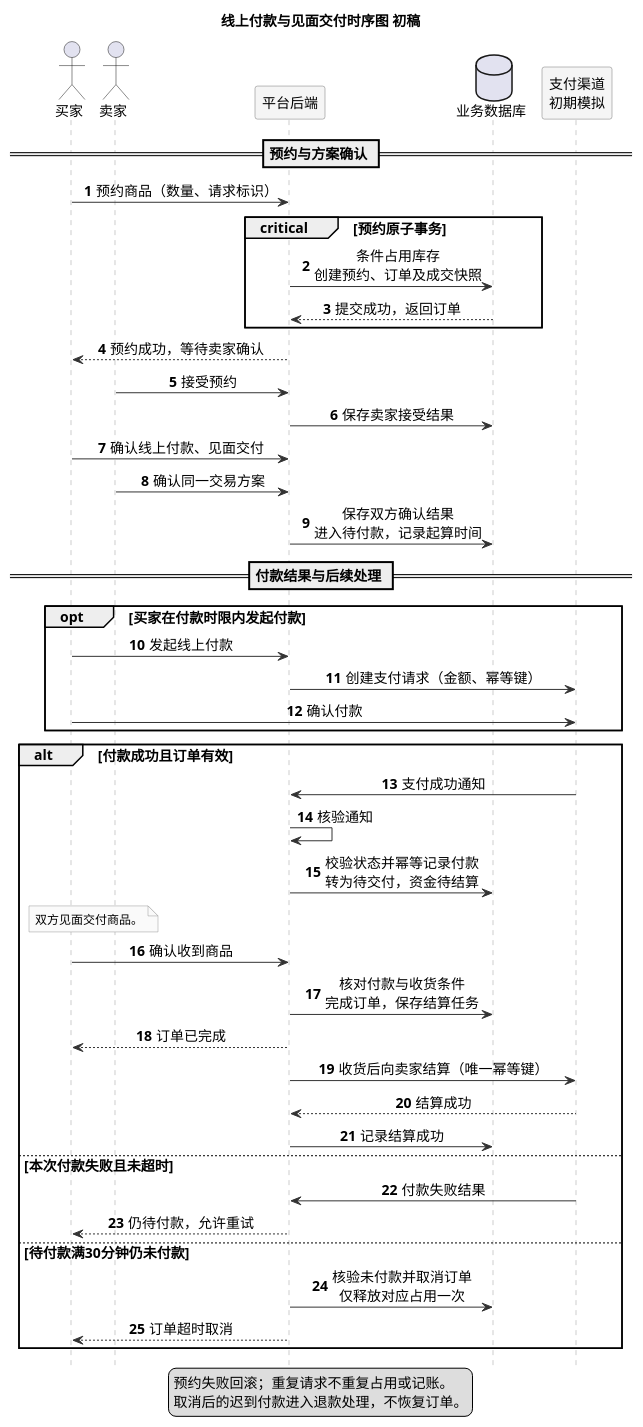
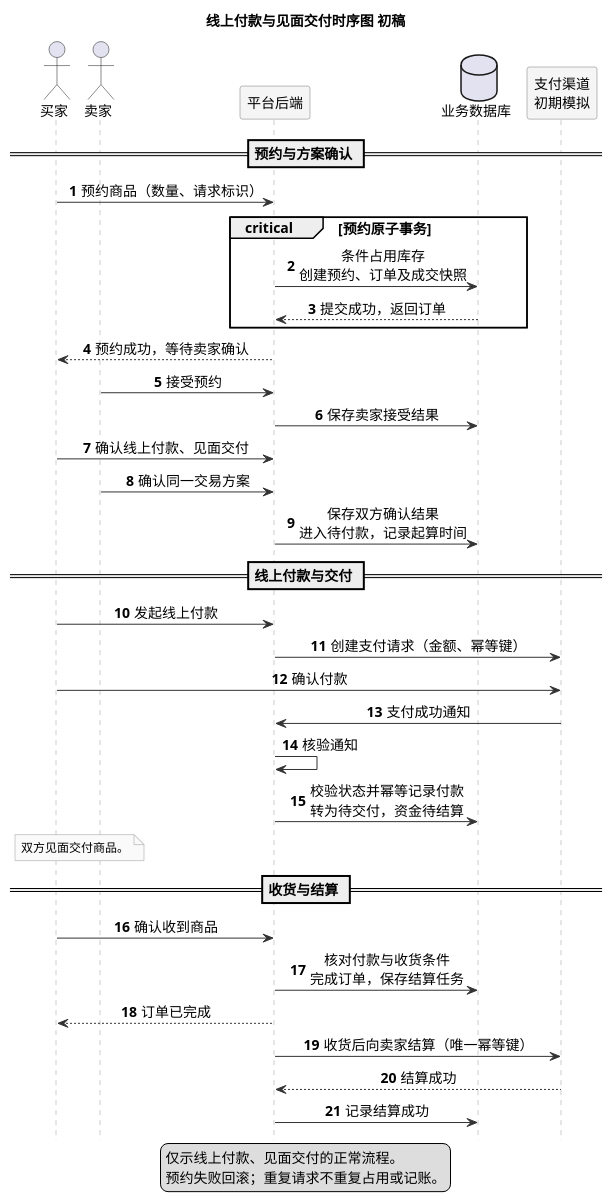
One commit to koishikois259/campus-market changed the diagram in UML/UML时序图.puml. Above: the diagram before and after it, drawn with PlantUML. The commit also changed 5 other files, not shown here.

Commit message:
lab2: restore three-stage sequence flow after user review

```diff
--- a/UML/UML时序图.puml
+++ b/UML/UML时序图.puml
@@ -1,70 +1,61 @@
 @startuml
-' Sequence diagram v0.3, essential payment branches after user review, 2026-11-04.
+' Sequence diagram v0.4, restored three-stage flow after user review, 2026-11-04.
 ' Reference: https://plantuml.com/zh/sequence-diagram
 title 线上付款与见面交付时序图 初稿
 autonumber
 hide footbox
 skinparam defaultFontName Microsoft YaHei
 skinparam defaultFontSize 14
 skinparam shadowing false
 skinparam sequenceMessageAlign center
 skinparam sequenceParticipantBackgroundColor #F5F5F5
 skinparam sequenceParticipantBorderColor #777777
 skinparam sequenceLifeLineBorderColor #999999
 skinparam sequenceArrowColor #333333
 skinparam noteBackgroundColor #FAFAFA
 skinparam noteBorderColor #999999
 skinparam noteFontSize 12
 
 actor "买家" as Buyer
 actor "卖家" as Seller
 participant "平台后端" as App
 database "业务数据库" as DB
 participant "支付渠道\n初期模拟" as Channel
 
 == 预约与方案确认 ==
 Buyer -> App : 预约商品（数量、请求标识）
 critical 预约原子事务
   App -> DB : 条件占用库存\n创建预约、订单及成交快照
   DB --> App : 提交成功，返回订单
 end
 App --> Buyer : 预约成功，等待卖家确认
 Seller -> App : 接受预约
 App -> DB : 保存卖家接受结果
 Buyer -> App : 确认线上付款、见面交付
 Seller -> App : 确认同一交易方案
 App -> DB : 保存双方确认结果\n进入待付款，记录起算时间
 
-== 付款结果与后续处理 ==
-opt 买家在付款时限内发起付款
-  Buyer -> App : 发起线上付款
-  App -> Channel : 创建支付请求（金额、幂等键）
-  Buyer -> Channel : 确认付款
-end
+== 线上付款与交付 ==
+Buyer -> App : 发起线上付款
+App -> Channel : 创建支付请求（金额、幂等键）
+Buyer -> Channel : 确认付款
+Channel -> App : 支付成功通知
+App -> App : 核验通知
+App -> DB : 校验状态并幂等记录付款\n转为待交付，资金待结算
+note over Buyer, Seller
+  双方见面交付商品。
+end note
 
-alt 付款成功且订单有效
-  Channel -> App : 支付成功通知
-  App -> App : 核验通知
-  App -> DB : 校验状态并幂等记录付款\n转为待交付，资金待结算
-  note over Buyer, Seller
-    双方见面交付商品。
-  end note
-  Buyer -> App : 确认收到商品
-  App -> DB : 核对付款与收货条件\n完成订单，保存结算任务
-  App --> Buyer : 订单已完成
-  App -> Channel : 收货后向卖家结算（唯一幂等键）
-  Channel --> App : 结算成功
-  App -> DB : 记录结算成功
-else 本次付款失败且未超时
-  Channel -> App : 付款失败结果
-  App --> Buyer : 仍待付款，允许重试
-else 待付款满30分钟仍未付款
-  App -> DB : 核验未付款并取消订单\n仅释放对应占用一次
-  App --> Buyer : 订单超时取消
-end
+== 收货与结算 ==
+Buyer -> App : 确认收到商品
+App -> DB : 核对付款与收货条件\n完成订单，保存结算任务
+App --> Buyer : 订单已完成
+App -> Channel : 收货后向卖家结算（唯一幂等键）
+Channel --> App : 结算成功
+App -> DB : 记录结算成功
 
 legend bottom
+  仅示线上付款、见面交付的正常流程。
   预约失败回滚；重复请求不重复占用或记账。
-  取消后的迟到付款进入退款处理，不恢复订单。
 endlegend
 @enduml
```
